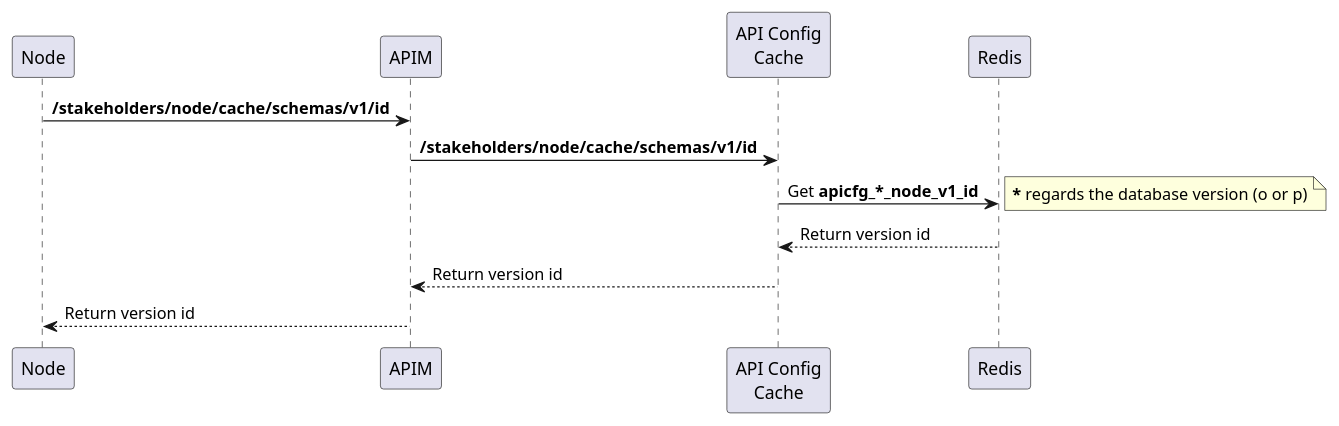
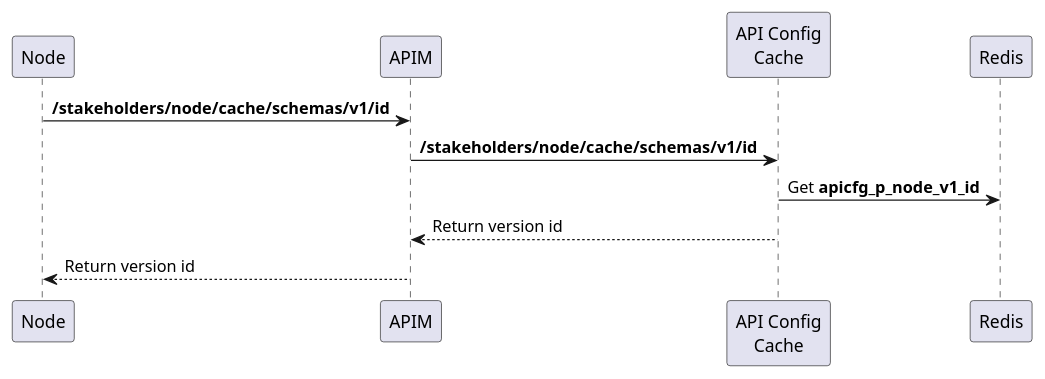
One commit to pagopa/pagopa-api-config-cache changed the diagram in docs/node/scenario_03.puml. Above: the diagram before and after it, drawn with PlantUML. The commit also changed 9 other files, not shown here.

```diff
--- a/docs/node/scenario_03.puml
+++ b/docs/node/scenario_03.puml
@@ -5,11 +5,10 @@
 @startuml
+participant Node
+participant APIM
+participant "API Config\nCache" as Cache
 Node -> APIM: <b>/stakeholders/node/cache/schemas/v1/id</b>
-APIM -> "API Config\nCache": <b>/stakeholders/node/cache/schemas/v1/id</b>
-"API Config\nCache" -> Redis: Get <b>apicfg_*_node_v1_id
-note right
-  <b>*</b> regards the database version (o or p)
-end note
-Redis --> "API Config\nCache": Return version id
-"API Config\nCache" --> APIM: Return version id
+APIM -> Cache: <b>/stakeholders/node/cache/schemas/v1/id</b>
+Cache -> Redis: Get <b>apicfg_p_node_v1_id</b>
+Cache --> APIM: Return version id
 APIM --> Node: Return version id
 @enduml
```
